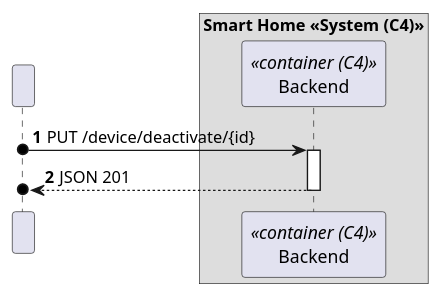
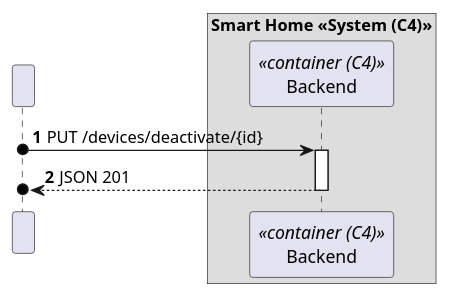
Before and after one commit to moutajDev/smarthome: the diagram in docs/C4_4plus1_models/Level2/ProcessView/ProcessViewLevel2_UC08.puml, drawn with PlantUML. The commit also changed 17 other files, not shown here.

```diff
--- a/docs/C4_4plus1_models/Level2/ProcessView/ProcessViewLevel2_UC08.puml
+++ b/docs/C4_4plus1_models/Level2/ProcessView/ProcessViewLevel2_UC08.puml
@@ -1,19 +1,19 @@
 @startuml
 'https://plantuml.com/sequence-diagram
 !pragma layout smetana
 
 autonumber
 
 participant " " as HTTP
 box "Smart Home <<System (C4)>>"
     participant "Backend" as BE<<container (C4)>>
 end box
 
 
-HTTP o-> BE : PUT /device/deactivate/{id}
+HTTP o-> BE : PUT /devices/deactivate/{id}
 activate BE
 
 BE -->o HTTP : JSON 201
 deactivate BE
 
 @enduml
```
